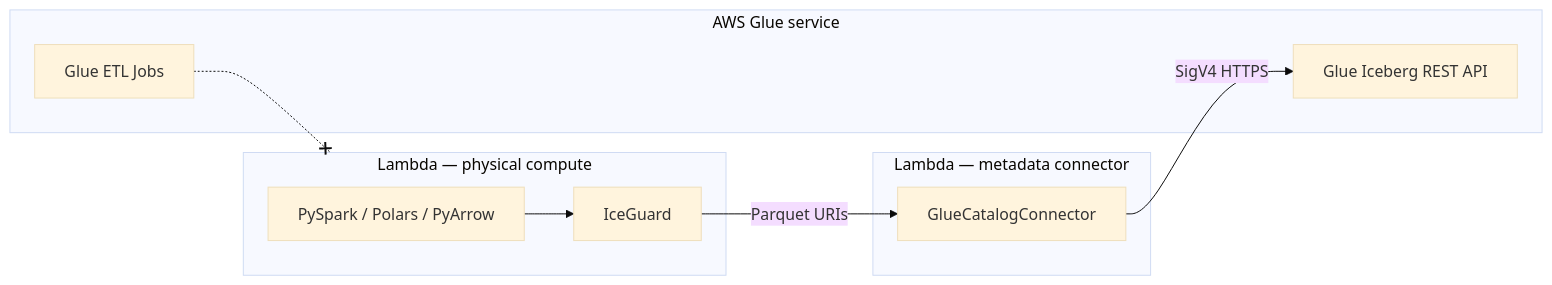
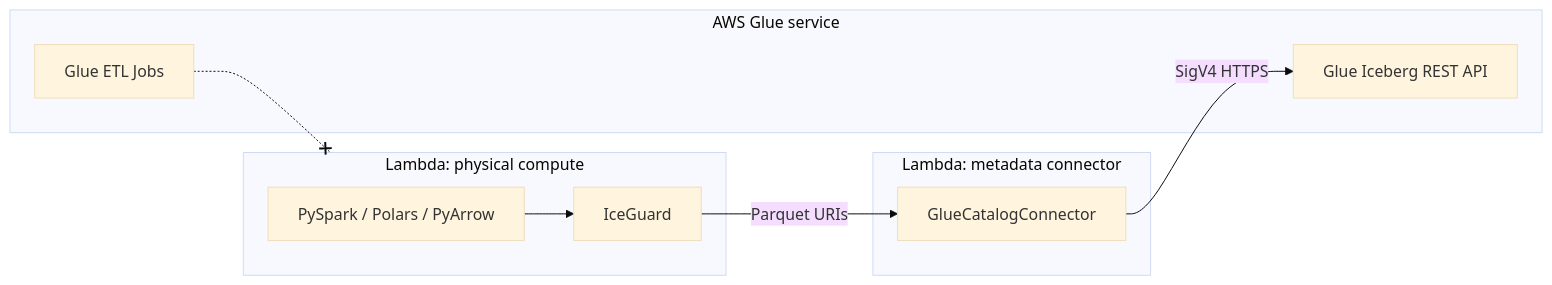
One commit to vaquarkhan/aws-serverless-datamesh-framework changed the second of 3 diagrams in docs/architecture.md. Above: the diagram before and after it, drawn with Mermaid (base theme). The commit also changed other lines of this file and 30 other files, not shown here.

````diff
--- a/docs/architecture.md
+++ b/docs/architecture.md
@@ -73,21 +73,21 @@
 ```mermaid
 flowchart LR
-    subgraph lambda_compute [Lambda — physical compute]
+    subgraph lambda_compute [Lambda: physical compute]
         SPARK[PySpark / Polars / PyArrow]
         IG[IceGuard]
         SPARK --> IG
     end
 
-    subgraph lambda_meta [Lambda — metadata connector]
+    subgraph lambda_meta [Lambda: metadata connector]
         GCC[GlueCatalogConnector]
     end
 
     subgraph aws_glue [AWS Glue service]
         REST[Glue Iceberg REST API]
         ETL[Glue ETL Jobs]
     end
 
     IG -->|Parquet URIs| GCC
     GCC -->|SigV4 HTTPS| REST
     ETL -.-x lambda_compute
 ```
````
